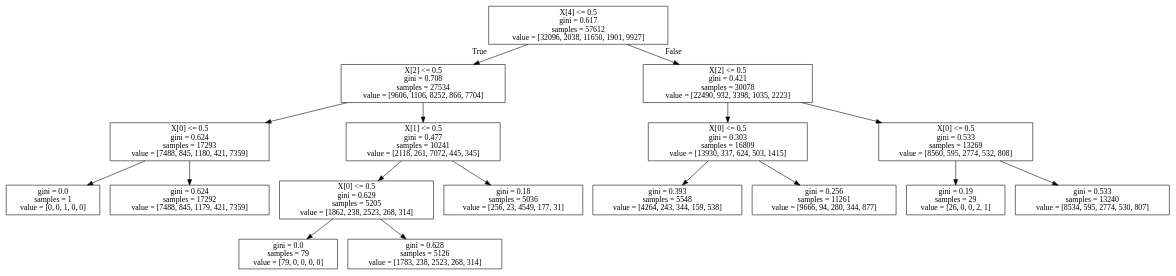
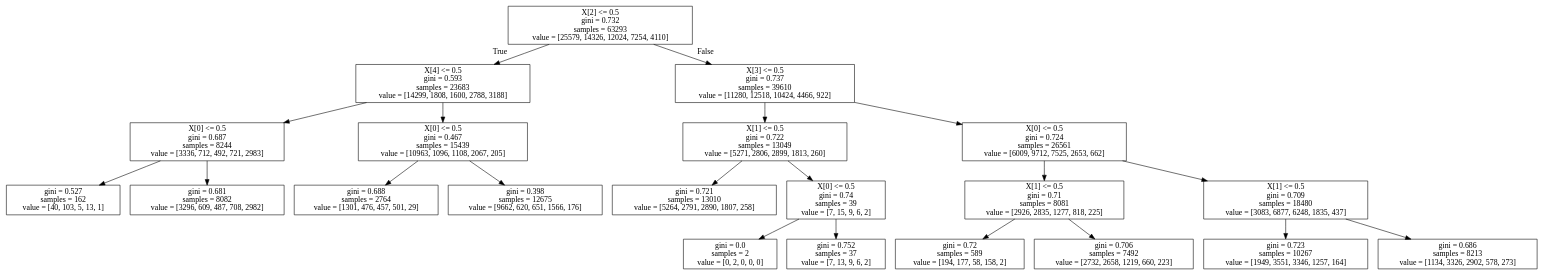
Before and after one commit to jesbu1/viper: the diagram in data/karel/ppo/0000r1+env_task=topOff+max_depth=15+n_batch_rollou=10+max_samples=100000+max_iters=80+train_frac=0.8+is_reweight=False0.10.1/dt_policy.dot, drawn with Graphviz. The commit also changed 60 other files, not shown here.

```diff
--- a/data/karel/ppo/0000r1+env_task=topOff+max_depth=15+n_batch_rollou=10+max_samples=100000+max_iters=80+train_frac=0.8+is_reweight=False0.10.1/dt_policy.dot
+++ b/data/karel/ppo/0000r1+env_task=topOff+max_depth=15+n_batch_rollou=10+max_samples=100000+max_iters=80+train_frac=0.8+is_reweight=False0.10.1/dt_policy.dot
@@ -1,36 +1,44 @@
 digraph Tree {
 node [shape=box] ;
-0 [label="X[4] <= 0.5\ngini = 0.617\nsamples = 57612\nvalue = [32096, 2038, 11650, 1901, 9927]"] ;
-1 [label="X[2] <= 0.5\ngini = 0.708\nsamples = 27534\nvalue = [9606, 1106, 8252, 866, 7704]"] ;
+0 [label="X[2] <= 0.5\ngini = 0.732\nsamples = 63293\nvalue = [25579, 14326, 12024, 7254, 4110]"] ;
+1 [label="X[4] <= 0.5\ngini = 0.593\nsamples = 23683\nvalue = [14299, 1808, 1600, 2788, 3188]"] ;
 0 -> 1 [labeldistance=2.5, labelangle=45, headlabel="True"] ;
-2 [label="X[0] <= 0.5\ngini = 0.624\nsamples = 17293\nvalue = [7488, 845, 1180, 421, 7359]"] ;
+2 [label="X[0] <= 0.5\ngini = 0.687\nsamples = 8244\nvalue = [3336, 712, 492, 721, 2983]"] ;
 1 -> 2 ;
-3 [label="gini = 0.0\nsamples = 1\nvalue = [0, 0, 1, 0, 0]"] ;
+3 [label="gini = 0.527\nsamples = 162\nvalue = [40, 103, 5, 13, 1]"] ;
 2 -> 3 ;
-4 [label="gini = 0.624\nsamples = 17292\nvalue = [7488, 845, 1179, 421, 7359]"] ;
+4 [label="gini = 0.681\nsamples = 8082\nvalue = [3296, 609, 487, 708, 2982]"] ;
 2 -> 4 ;
-5 [label="X[1] <= 0.5\ngini = 0.477\nsamples = 10241\nvalue = [2118, 261, 7072, 445, 345]"] ;
+5 [label="X[0] <= 0.5\ngini = 0.467\nsamples = 15439\nvalue = [10963, 1096, 1108, 2067, 205]"] ;
 1 -> 5 ;
-6 [label="X[0] <= 0.5\ngini = 0.629\nsamples = 5205\nvalue = [1862, 238, 2523, 268, 314]"] ;
+6 [label="gini = 0.688\nsamples = 2764\nvalue = [1301, 476, 457, 501, 29]"] ;
 5 -> 6 ;
-7 [label="gini = 0.0\nsamples = 79\nvalue = [79, 0, 0, 0, 0]"] ;
-6 -> 7 ;
-8 [label="gini = 0.628\nsamples = 5126\nvalue = [1783, 238, 2523, 268, 314]"] ;
-6 -> 8 ;
-9 [label="gini = 0.18\nsamples = 5036\nvalue = [256, 23, 4549, 177, 31]"] ;
-5 -> 9 ;
-10 [label="X[2] <= 0.5\ngini = 0.421\nsamples = 30078\nvalue = [22490, 932, 3398, 1035, 2223]"] ;
-0 -> 10 [labeldistance=2.5, labelangle=-45, headlabel="False"] ;
-11 [label="X[0] <= 0.5\ngini = 0.303\nsamples = 16809\nvalue = [13930, 337, 624, 503, 1415]"] ;
-10 -> 11 ;
-12 [label="gini = 0.393\nsamples = 5548\nvalue = [4264, 243, 344, 159, 538]"] ;
+7 [label="gini = 0.398\nsamples = 12675\nvalue = [9662, 620, 651, 1566, 176]"] ;
+5 -> 7 ;
+8 [label="X[3] <= 0.5\ngini = 0.737\nsamples = 39610\nvalue = [11280, 12518, 10424, 4466, 922]"] ;
+0 -> 8 [labeldistance=2.5, labelangle=-45, headlabel="False"] ;
+9 [label="X[1] <= 0.5\ngini = 0.722\nsamples = 13049\nvalue = [5271, 2806, 2899, 1813, 260]"] ;
+8 -> 9 ;
+10 [label="gini = 0.721\nsamples = 13010\nvalue = [5264, 2791, 2890, 1807, 258]"] ;
+9 -> 10 ;
+11 [label="X[0] <= 0.5\ngini = 0.74\nsamples = 39\nvalue = [7, 15, 9, 6, 2]"] ;
+9 -> 11 ;
+12 [label="gini = 0.0\nsamples = 2\nvalue = [0, 2, 0, 0, 0]"] ;
 11 -> 12 ;
-13 [label="gini = 0.256\nsamples = 11261\nvalue = [9666, 94, 280, 344, 877]"] ;
+13 [label="gini = 0.752\nsamples = 37\nvalue = [7, 13, 9, 6, 2]"] ;
 11 -> 13 ;
-14 [label="X[0] <= 0.5\ngini = 0.533\nsamples = 13269\nvalue = [8560, 595, 2774, 532, 808]"] ;
-10 -> 14 ;
-15 [label="gini = 0.19\nsamples = 29\nvalue = [26, 0, 0, 2, 1]"] ;
+14 [label="X[0] <= 0.5\ngini = 0.724\nsamples = 26561\nvalue = [6009, 9712, 7525, 2653, 662]"] ;
+8 -> 14 ;
+15 [label="X[1] <= 0.5\ngini = 0.71\nsamples = 8081\nvalue = [2926, 2835, 1277, 818, 225]"] ;
 14 -> 15 ;
-16 [label="gini = 0.533\nsamples = 13240\nvalue = [8534, 595, 2774, 530, 807]"] ;
-14 -> 16 ;
+16 [label="gini = 0.72\nsamples = 589\nvalue = [194, 177, 58, 158, 2]"] ;
+15 -> 16 ;
+17 [label="gini = 0.706\nsamples = 7492\nvalue = [2732, 2658, 1219, 660, 223]"] ;
+15 -> 17 ;
+18 [label="X[1] <= 0.5\ngini = 0.709\nsamples = 18480\nvalue = [3083, 6877, 6248, 1835, 437]"] ;
+14 -> 18 ;
+19 [label="gini = 0.723\nsamples = 10267\nvalue = [1949, 3551, 3346, 1257, 164]"] ;
+18 -> 19 ;
+20 [label="gini = 0.686\nsamples = 8213\nvalue = [1134, 3326, 2902, 578, 273]"] ;
+18 -> 20 ;
 }
```
